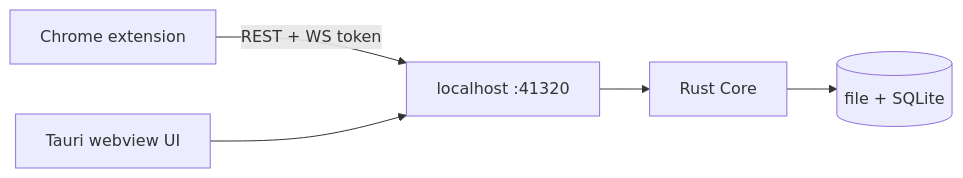
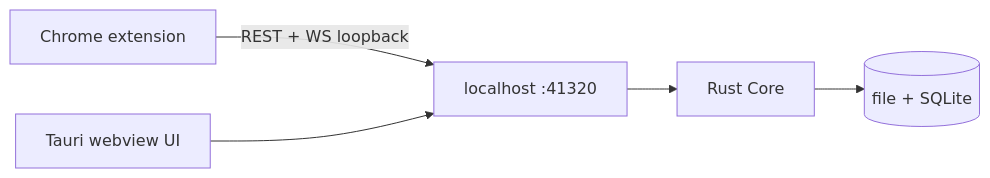
One commit to rayz2099/dash-download changed the diagram in README.md. Above: the diagram before and after it, drawn with Mermaid. The commit also changed other lines of this file and 18 other files, not shown here.

````diff
--- a/README.md
+++ b/README.md
@@ -26,7 +26,7 @@
 ```mermaid
 flowchart LR
-  Ext[Chrome extension] -->|REST + WS token| API["localhost :41320"]
+  Ext[Chrome extension] -->|REST + WS loopback| API["localhost :41320"]
   UI[Tauri webview UI] --> API
   API --> Core[Rust Core]
   Core --> Disk[(file + SQLite)]
 ```
````
